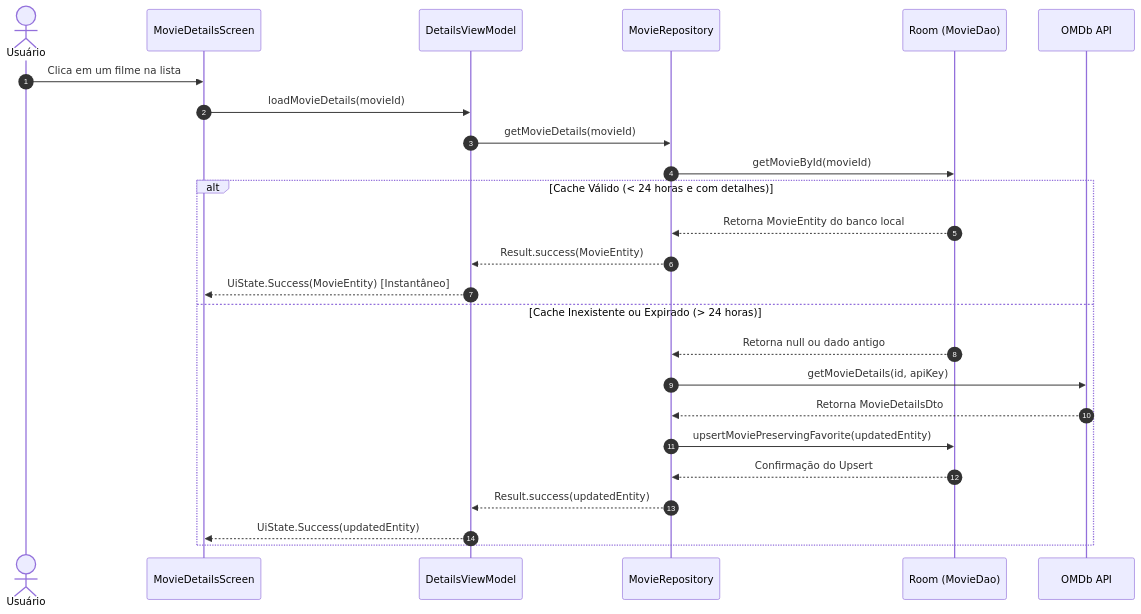
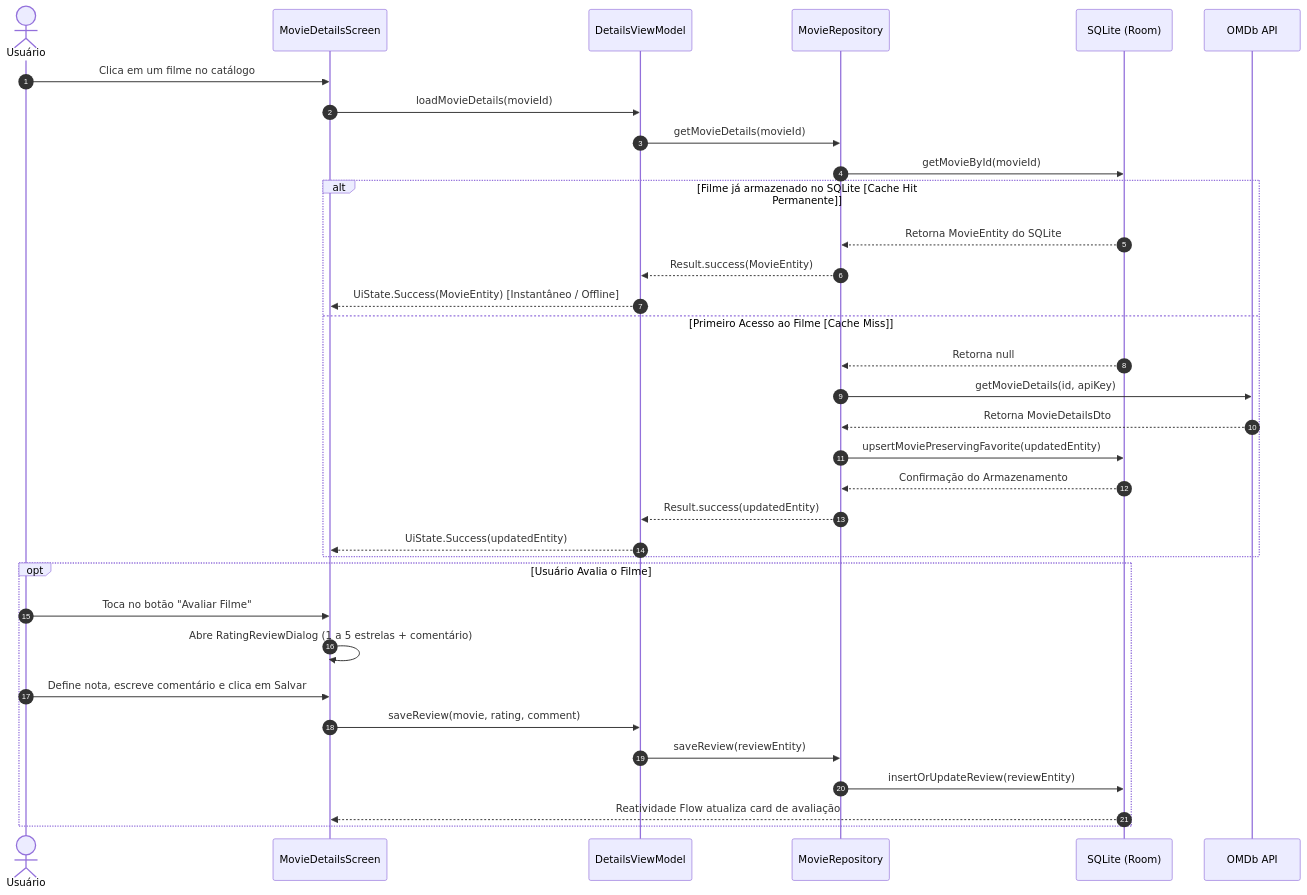
One commit to madsondecarvalho/uern-unidade3-programacao-de-dispositivos-moveis-2026.2 changed the second of 2 diagrams in docs/architecture.md. Above: the diagram before and after it, drawn with Mermaid. The commit also changed other lines of this file and 31 other files, not shown here.

First line of the commit message:
feat: implement offline-first movie reviews, visual polish, and drag-to-rate gesture

````diff
--- a/docs/architecture.md
+++ b/docs/architecture.md
@@ -127,29 +128,39 @@
 ```mermaid
 sequenceDiagram
     autonumber
     actor User as Usuário
     participant UI as MovieDetailsScreen
     participant VM as DetailsViewModel
     participant Repo as MovieRepository
-    participant DB as Room (MovieDao)
+    participant DB as SQLite (Room)
     participant API as OMDb API
 
-    User->>UI: Clica em um filme na lista
+    User->>UI: Clica em um filme no catálogo
     UI->>VM: loadMovieDetails(movieId)
     VM->>Repo: getMovieDetails(movieId)
     Repo->>DB: getMovieById(movieId)
     
-    alt Cache Válido (< 24 horas e com detalhes)
-        DB-->>Repo: Retorna MovieEntity do banco local
+    alt Filme já armazenado no SQLite [Cache Hit Permanente]
+        DB-->>Repo: Retorna MovieEntity do SQLite
         Repo-->>VM: Result.success(MovieEntity)
-        VM-->>UI: UiState.Success(MovieEntity) [Instantâneo]
-    else Cache Inexistente ou Expirado (> 24 horas)
-        DB-->>Repo: Retorna null ou dado antigo
+        VM-->>UI: UiState.Success(MovieEntity) [Instantâneo / Offline]
+    else Primeiro Acesso ao Filme [Cache Miss]
+        DB-->>Repo: Retorna null
         Repo->>API: getMovieDetails(id, apiKey)
         API-->>Repo: Retorna MovieDetailsDto
         Repo->>DB: upsertMoviePreservingFavorite(updatedEntity)
-        DB-->>Repo: Confirmação do Upsert
+        DB-->>Repo: Confirmação do Armazenamento
         Repo-->>VM: Result.success(updatedEntity)
         VM-->>UI: UiState.Success(updatedEntity)
     end
+
+    opt Usuário Avalia o Filme
+        User->>UI: Toca no botão "Avaliar Filme"
+        UI->>UI: Abre RatingReviewDialog (1 a 5 estrelas + comentário)
+        User->>UI: Define nota, escreve comentário e clica em Salvar
+        UI->>VM: saveReview(movie, rating, comment)
+        VM->>Repo: saveReview(reviewEntity)
+        Repo->>DB: insertOrUpdateReview(reviewEntity)
+        DB-->>UI: Reatividade Flow atualiza card de avaliação
+    end
 ```
````
